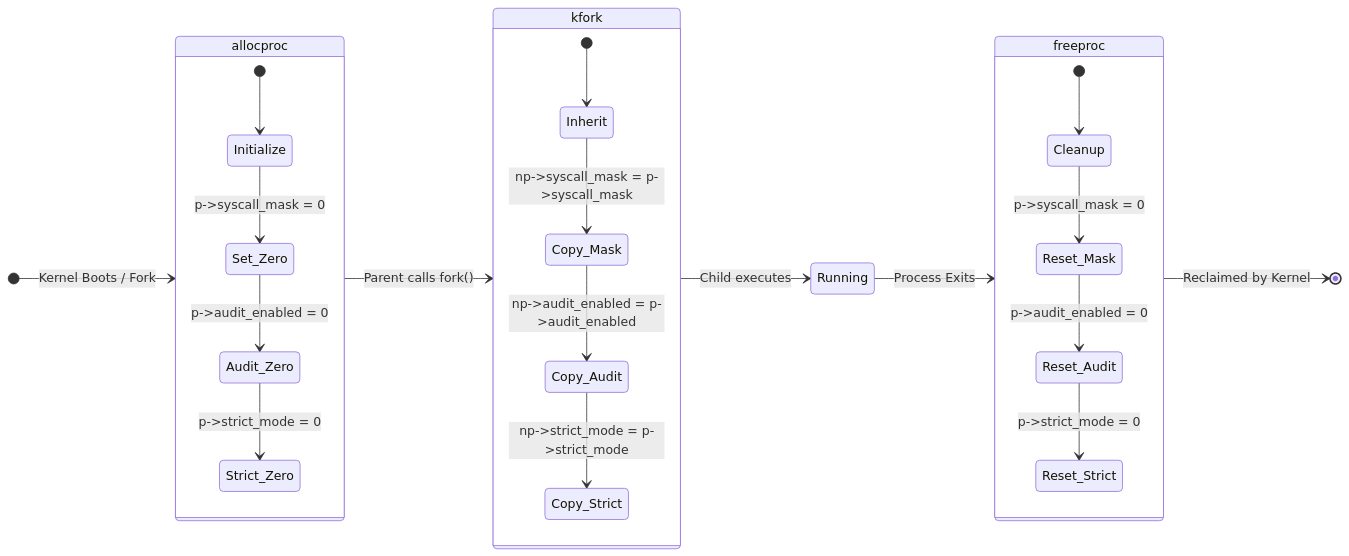
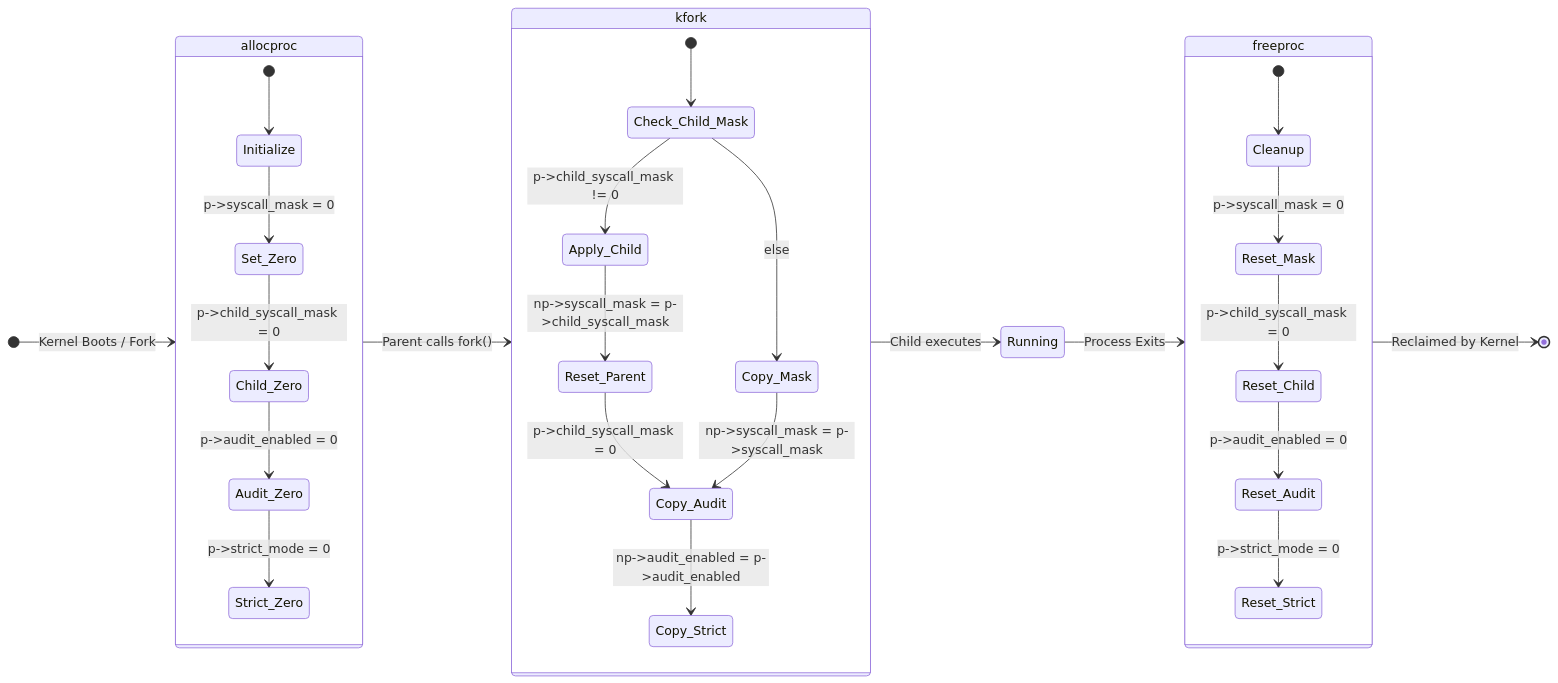
One commit to SangNmd2004/xv6-syscall-filter changed the second of 2 diagrams in README.md. Above: the diagram before and after it, drawn with Mermaid. The commit also changed other lines of this file, not shown here.

````diff
--- a/README.md
+++ b/README.md
@@ -101,33 +104,38 @@
 ```mermaid
 stateDiagram-v2
     direction LR
     [*] --> allocproc: Kernel Boots / Fork
     
     state allocproc {
         [*] --> Initialize
         Initialize --> Set_Zero: p->syscall_mask = 0
-        Set_Zero --> Audit_Zero: p->audit_enabled = 0
+        Set_Zero --> Child_Zero: p->child_syscall_mask = 0
+        Child_Zero --> Audit_Zero: p->audit_enabled = 0
         Audit_Zero --> Strict_Zero: p->strict_mode = 0
     }
     
     allocproc --> kfork: Parent calls fork()
     
     state kfork {
-        [*] --> Inherit
-        Inherit --> Copy_Mask: np->syscall_mask = p->syscall_mask
-        Copy_Mask --> Copy_Audit: np->audit_enabled = p->audit_enabled
-        Copy_Audit --> Copy_Strict: np->strict_mode = p->strict_mode
+        [*] --> Check_Child_Mask
+        Check_Child_Mask --> Apply_Child: p->child_syscall_mask != 0
+        Check_Child_Mask --> Copy_Mask: else
+        Apply_Child --> Reset_Parent: np->syscall_mask = p->child_syscall_mask
+        Reset_Parent --> Copy_Audit: p->child_syscall_mask = 0
+        Copy_Mask --> Copy_Audit: np->syscall_mask = p->syscall_mask
+        Copy_Audit --> Copy_Strict: np->audit_enabled = p->audit_enabled
     }
     
     kfork --> Running: Child executes
     Running --> freeproc: Process Exits
     
     state freeproc {
         [*] --> Cleanup
         Cleanup --> Reset_Mask: p->syscall_mask = 0
-        Reset_Mask --> Reset_Audit: p->audit_enabled = 0
+        Reset_Mask --> Reset_Child: p->child_syscall_mask = 0
+        Reset_Child --> Reset_Audit: p->audit_enabled = 0
         Reset_Audit --> Reset_Strict: p->strict_mode = 0
     }
     
     freeproc --> [*]: Reclaimed by Kernel
 ```
````
